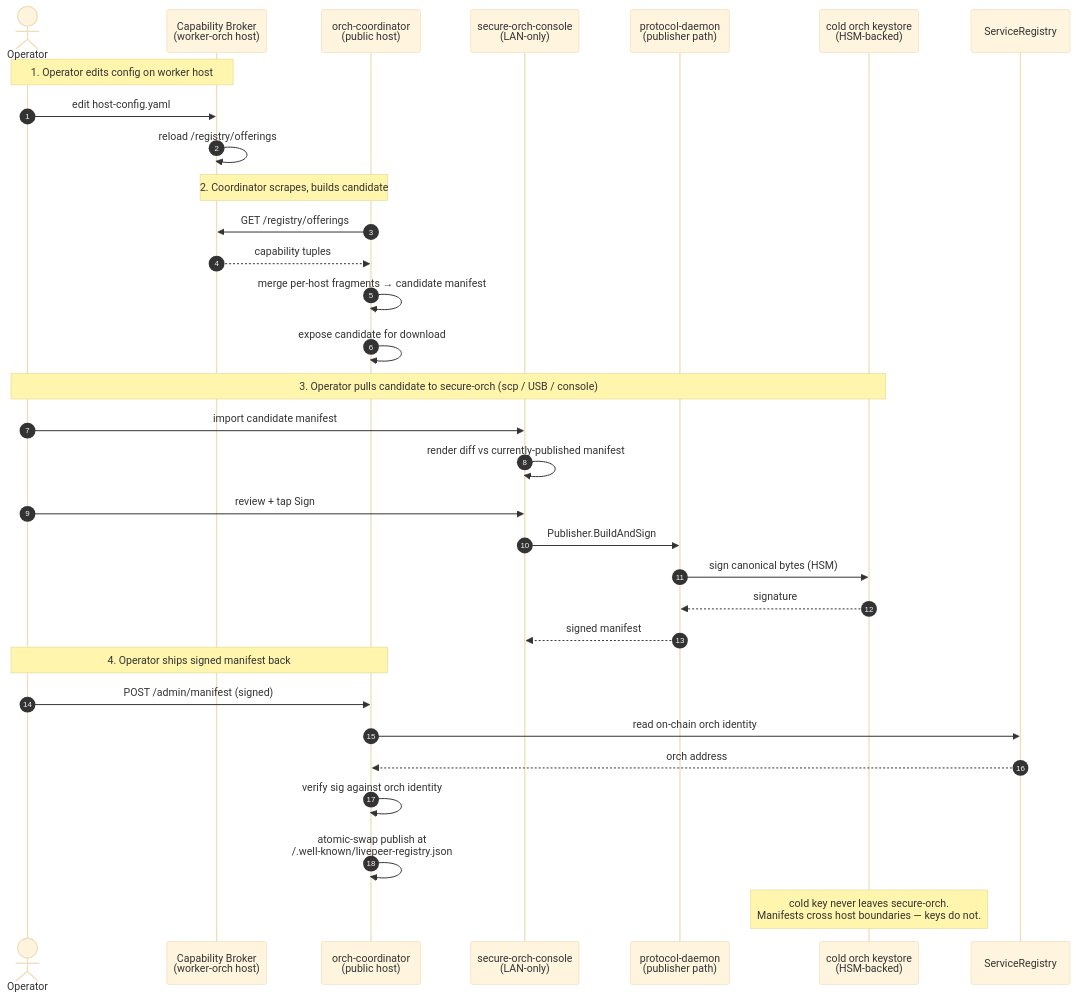
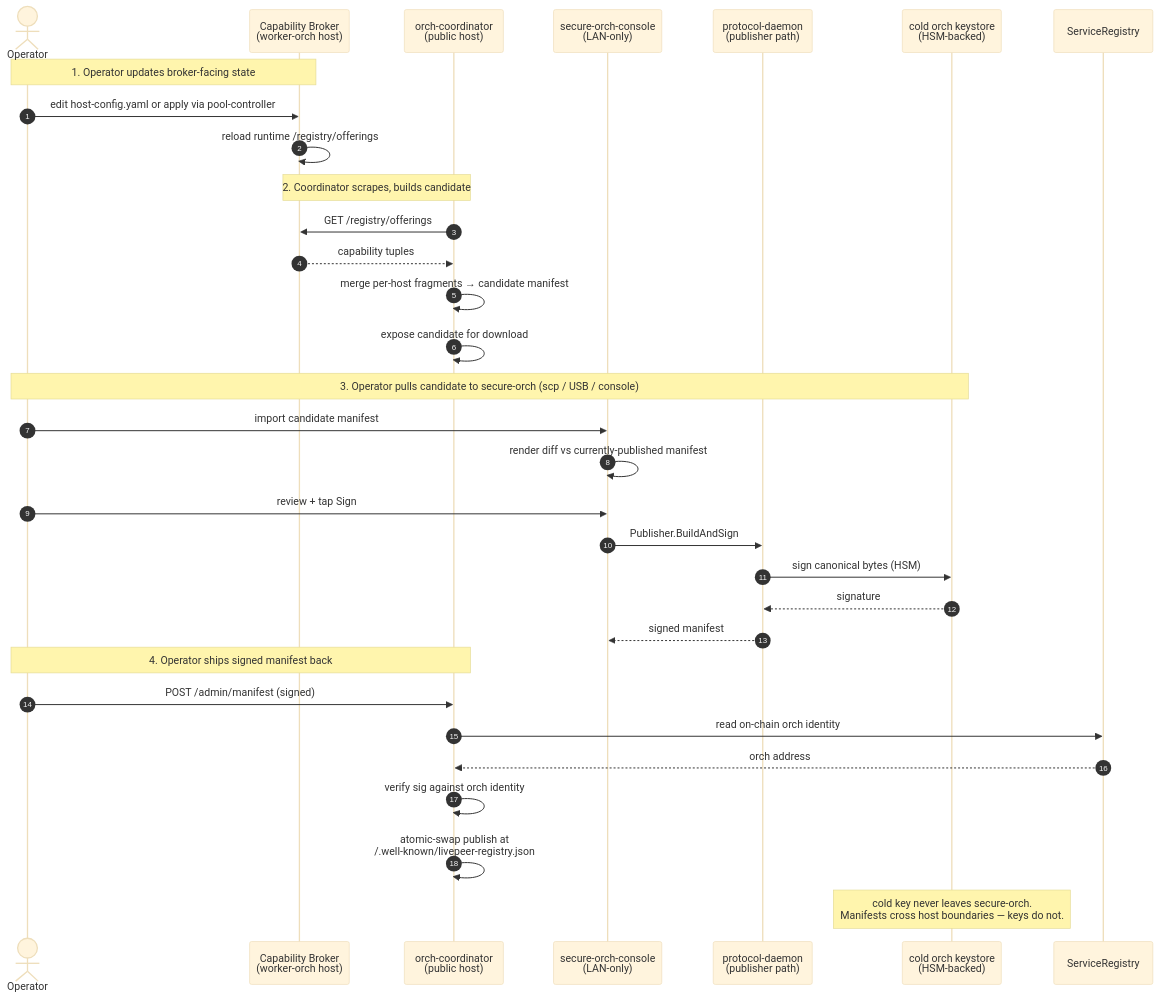
Before and after one commit to Cloud-SPE/livepeer-network-modules: the sixth of 10 diagrams in docs/design-docs/architecture-overview.md, drawn with Mermaid (base theme). The commit also changed other lines of this file and 3 other files, not shown here.

Commit message:
Generalize operator surface docs for pool control plane

````diff
--- a/docs/design-docs/architecture-overview.md
+++ b/docs/design-docs/architecture-overview.md
@@ -708,39 +712,39 @@
 ```mermaid
 sequenceDiagram
     autonumber
     actor Op as Operator
     participant Broker as Capability Broker<br/>(worker-orch host)
     participant Coord as orch-coordinator<br/>(public host)
     participant SOC as secure-orch-console<br/>(LAN-only)
     participant PRD as protocol-daemon<br/>(publisher path)
     participant Cold as cold orch keystore<br/>(HSM-backed)
     participant Chain as ServiceRegistry
 
-    Note over Op,Broker: 1. Operator edits config on worker host
-    Op->>Broker: edit host-config.yaml
-    Broker->>Broker: reload /registry/offerings
+    Note over Op,Broker: 1. Operator updates broker-facing state
+    Op->>Broker: edit host-config.yaml or apply via pool-controller
+    Broker->>Broker: reload runtime /registry/offerings
 
     Note over Coord,Broker: 2. Coordinator scrapes, builds candidate
     Coord->>Broker: GET /registry/offerings
     Broker-->>Coord: capability tuples
     Coord->>Coord: merge per-host fragments → candidate manifest
     Coord->>Coord: expose candidate for download
 
     Note over Op,Cold: 3. Operator pulls candidate to secure-orch (scp / USB / console)
     Op->>SOC: import candidate manifest
     SOC->>SOC: render diff vs currently-published manifest
     Op->>SOC: review + tap Sign
     SOC->>PRD: Publisher.BuildAndSign
     PRD->>Cold: sign canonical bytes (HSM)
     Cold-->>PRD: signature
     PRD-->>SOC: signed manifest
 
     Note over Op,Coord: 4. Operator ships signed manifest back
     Op->>Coord: POST /admin/manifest (signed)
     Coord->>Chain: read on-chain orch identity
     Chain-->>Coord: orch address
     Coord->>Coord: verify sig against orch identity
     Coord->>Coord: atomic-swap publish at<br/>/.well-known/livepeer-registry.json
 
     Note over Cold: cold key never leaves secure-orch.<br/>Manifests cross host boundaries — keys do not.
 ```
````
